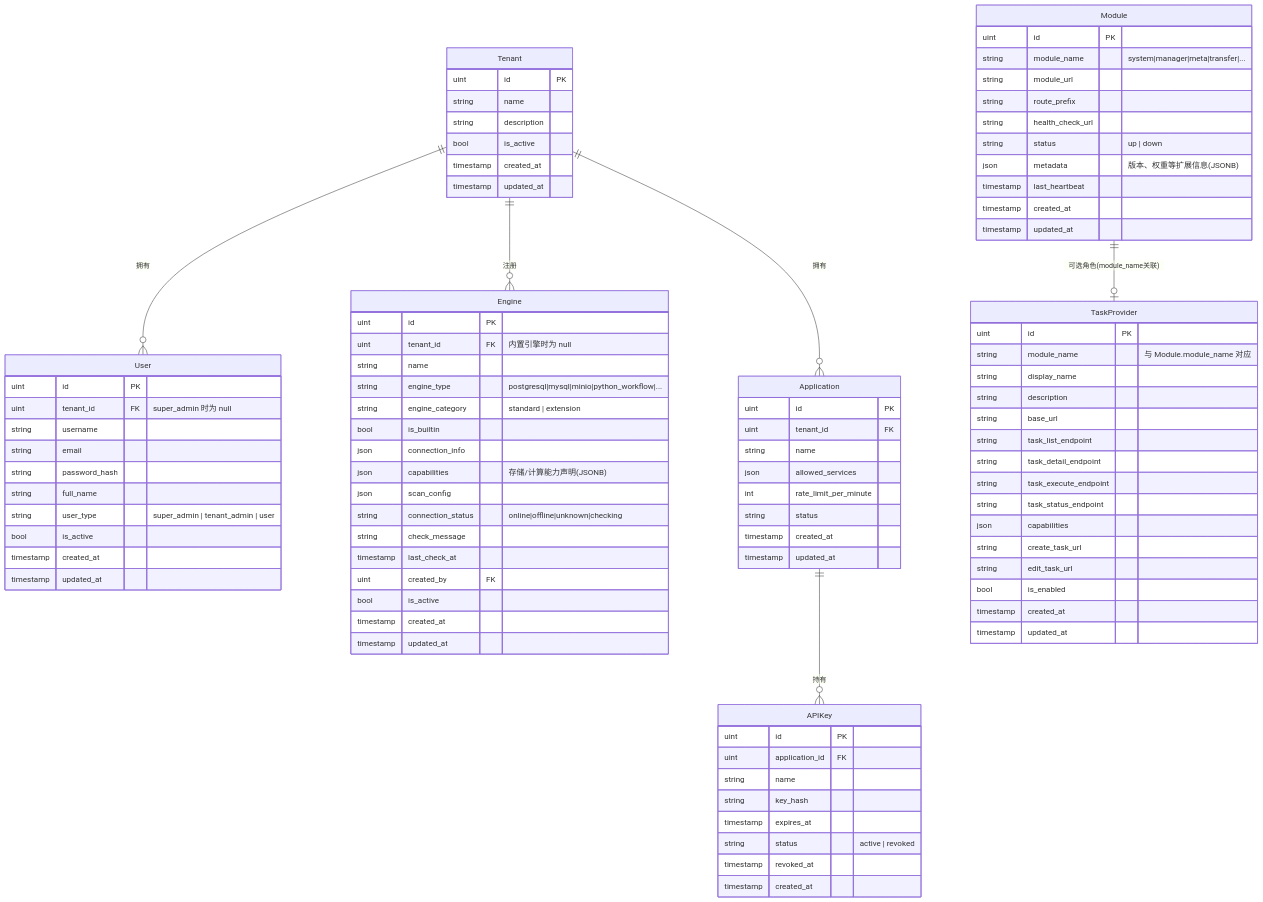
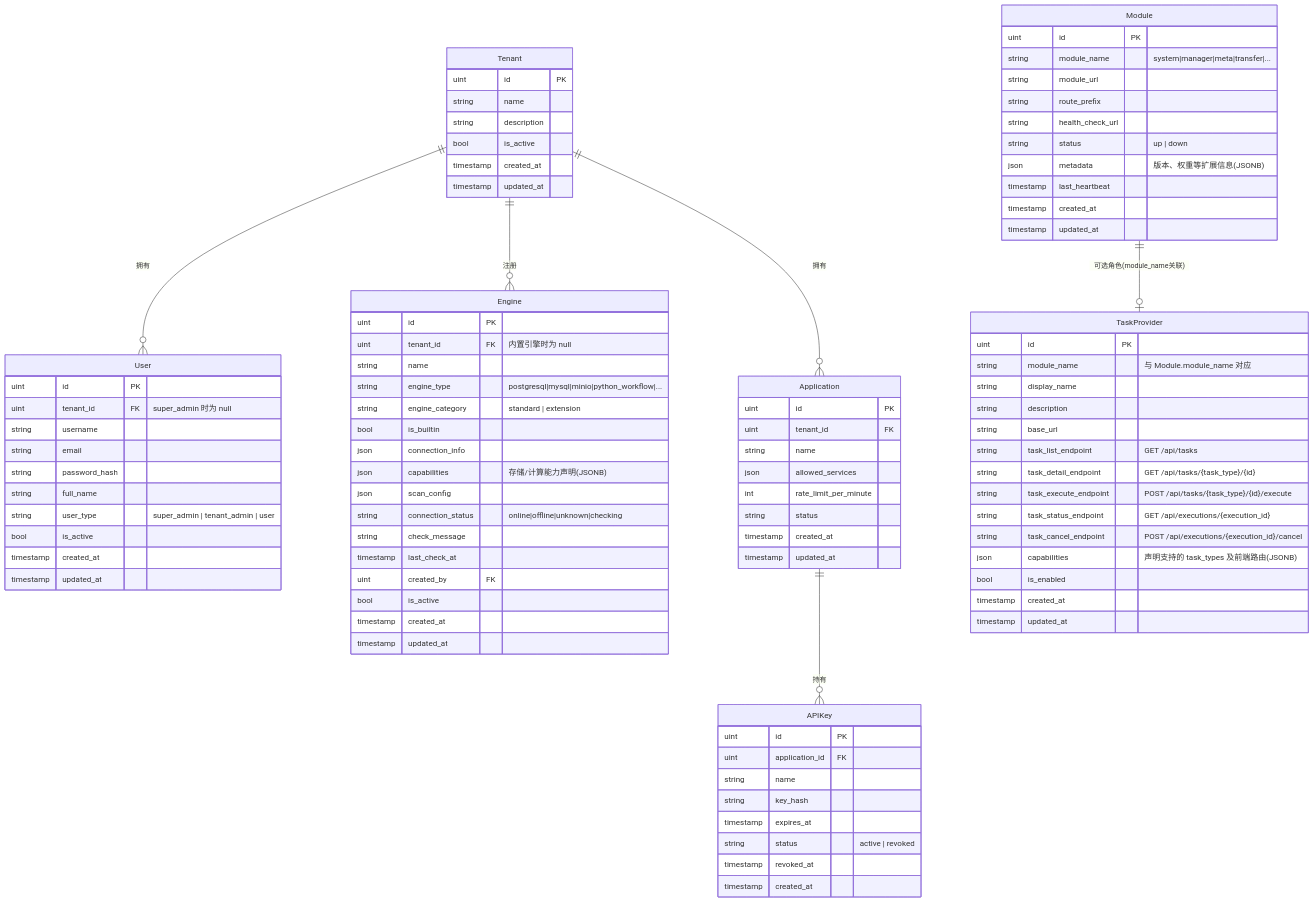
The first of 9 diagrams in docs/concepts/addp核心对象ER图（元模型）.md (pampa0629/addp), drawn with Mermaid before and after one commit. The commit also changed other lines of this file and 94 other files, not shown here.

```diff
--- a/docs/concepts/addp核心对象ER图（元模型）.md
+++ b/docs/concepts/addp核心对象ER图（元模型）.md
@@ -232,13 +250,12 @@
         string display_name
         string description
         string base_url
-        string task_list_endpoint
-        string task_detail_endpoint
-        string task_execute_endpoint
-        string task_status_endpoint
-        json capabilities
-        string create_task_url
-        string edit_task_url
+        string task_list_endpoint "GET /api/tasks"
+        string task_detail_endpoint "GET /api/tasks/{task_type}/{id}"
+        string task_execute_endpoint "POST /api/tasks/{task_type}/{id}/execute"
+        string task_status_endpoint "GET /api/executions/{execution_id}"
+        string task_cancel_endpoint "POST /api/executions/{execution_id}/cancel"
+        json capabilities "声明支持的 task_types 及前端路由(JSONB)"
         bool is_enabled
         timestamp created_at
         timestamp updated_at
```
